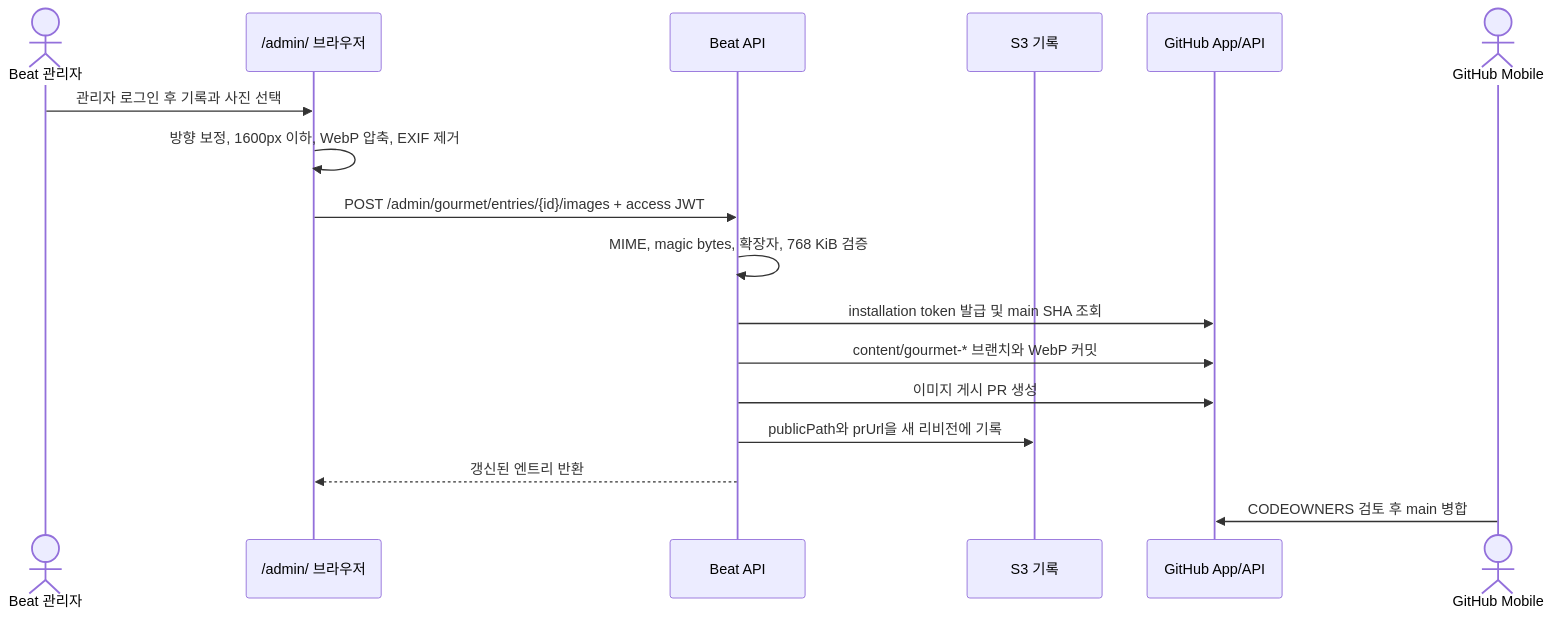
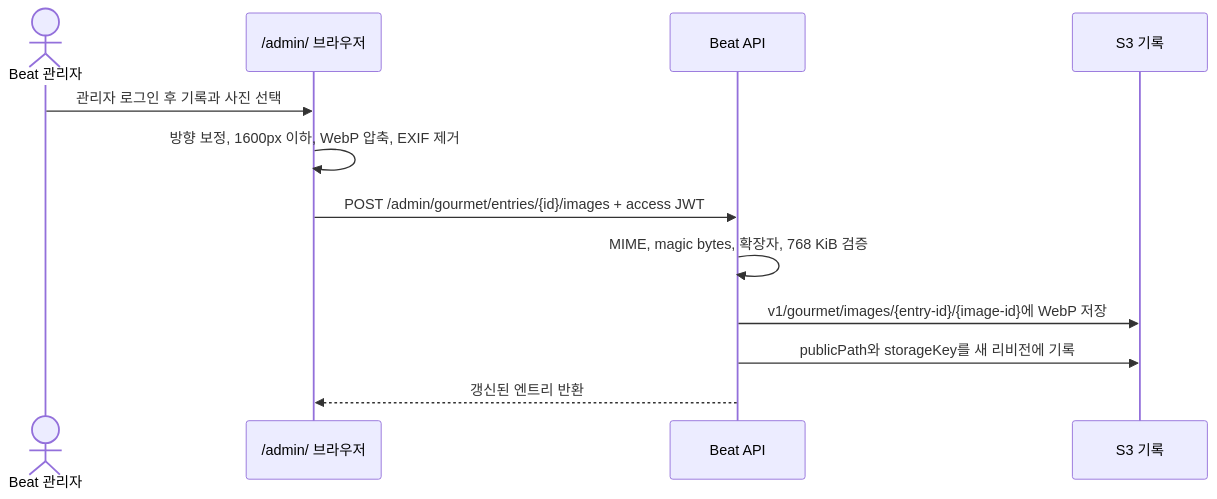
One commit to arlequins/beat changed the second of 2 diagrams in docs/gourmet-integration-flow.md. Above: the diagram before and after it, drawn with Mermaid. The commit also changed other lines of this file and 13 other files, not shown here.

First line of the commit message:
feat(gourmet): store images in private S3

````diff
--- a/docs/gourmet-integration-flow.md
+++ b/docs/gourmet-integration-flow.md
@@ -176,20 +172,15 @@
 ```mermaid
 sequenceDiagram
   actor Admin as Beat 관리자
   participant Browser as /admin/ 브라우저
   participant API as Beat API
   participant S3 as S3 기록
-  participant GH as GitHub App/API
-  actor Reviewer as GitHub Mobile
 
   Admin->>Browser: 관리자 로그인 후 기록과 사진 선택
   Browser->>Browser: 방향 보정, 1600px 이하, WebP 압축, EXIF 제거
   Browser->>API: POST /admin/gourmet/entries/{id}/images + access JWT
   API->>API: MIME, magic bytes, 확장자, 768 KiB 검증
-  API->>GH: installation token 발급 및 main SHA 조회
-  API->>GH: content/gourmet-* 브랜치와 WebP 커밋
-  API->>GH: 이미지 게시 PR 생성
-  API->>S3: publicPath와 prUrl을 새 리비전에 기록
+  API->>S3: v1/gourmet/images/{entry-id}/{image-id}에 WebP 저장
+  API->>S3: publicPath와 storageKey를 새 리비전에 기록
   API-->>Browser: 갱신된 엔트리 반환
-  Reviewer->>GH: CODEOWNERS 검토 후 main 병합
 ```
````
